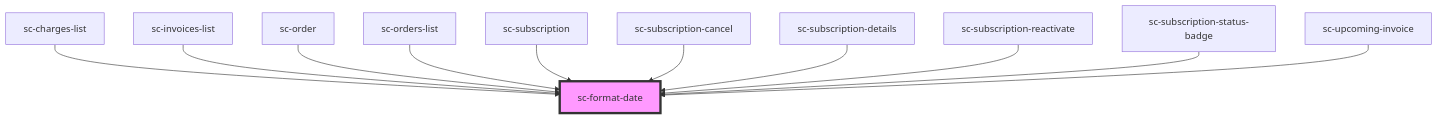
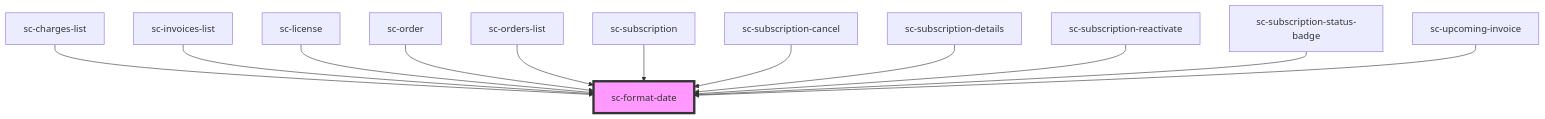
The diagram in packages/components/src/components/util/format-date/readme.md (surecart/surecart-wp-plugin), drawn with Mermaid before and after one commit. The commit also changed other lines of this file and 17 other files, not shown here.

````diff
--- a/packages/components/src/components/util/format-date/readme.md
+++ b/packages/components/src/components/util/format-date/readme.md
@@ -44,14 +45,15 @@
 ```mermaid
 graph TD;
   sc-charges-list --> sc-format-date
   sc-invoices-list --> sc-format-date
+  sc-license --> sc-format-date
   sc-order --> sc-format-date
   sc-orders-list --> sc-format-date
   sc-subscription --> sc-format-date
   sc-subscription-cancel --> sc-format-date
   sc-subscription-details --> sc-format-date
   sc-subscription-reactivate --> sc-format-date
   sc-subscription-status-badge --> sc-format-date
   sc-upcoming-invoice --> sc-format-date
   style sc-format-date fill:#f9f,stroke:#333,stroke-width:4px
 ```
````
